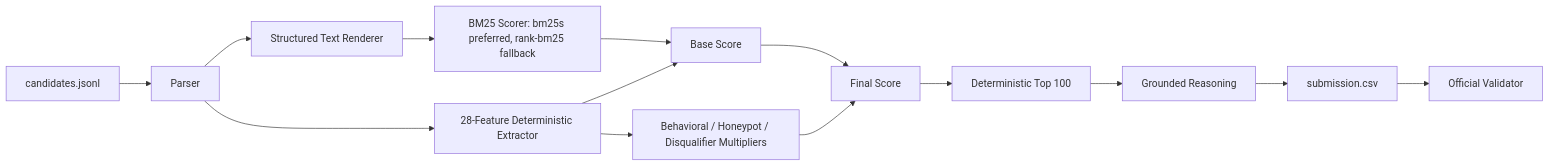
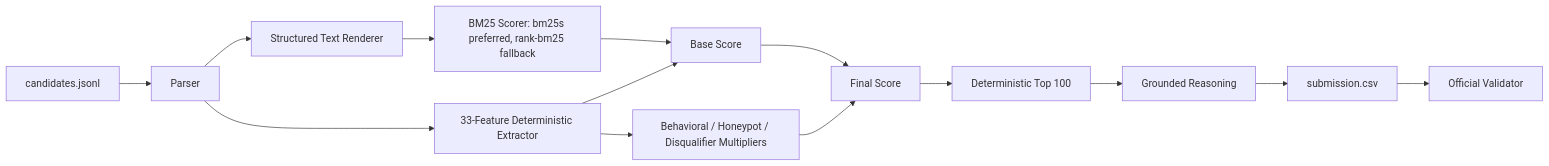
Before and after one commit to bansalbhunesh/redrob-hirefit-ranker: the diagram in ARCHITECTURE.md, drawn with Mermaid. The commit also changed other lines of this file and 23 other files, not shown here.

````diff
--- a/ARCHITECTURE.md
+++ b/ARCHITECTURE.md
@@ -11,16 +15,16 @@
 ```mermaid
 flowchart LR
     A["candidates.jsonl"] --> B["Parser"]
     B --> C["Structured Text Renderer"]
     C --> D["BM25 Scorer: bm25s preferred, rank-bm25 fallback"]
-    B --> E["28-Feature Deterministic Extractor"]
+    B --> E["33-Feature Deterministic Extractor"]
     D --> F["Base Score"]
     E --> F
     E --> G["Behavioral / Honeypot / Disqualifier Multipliers"]
     F --> H["Final Score"]
     G --> H
     H --> I["Deterministic Top 100"]
     I --> J["Grounded Reasoning"]
     J --> K["submission.csv"]
     K --> L["Official Validator"]
 ```
````
